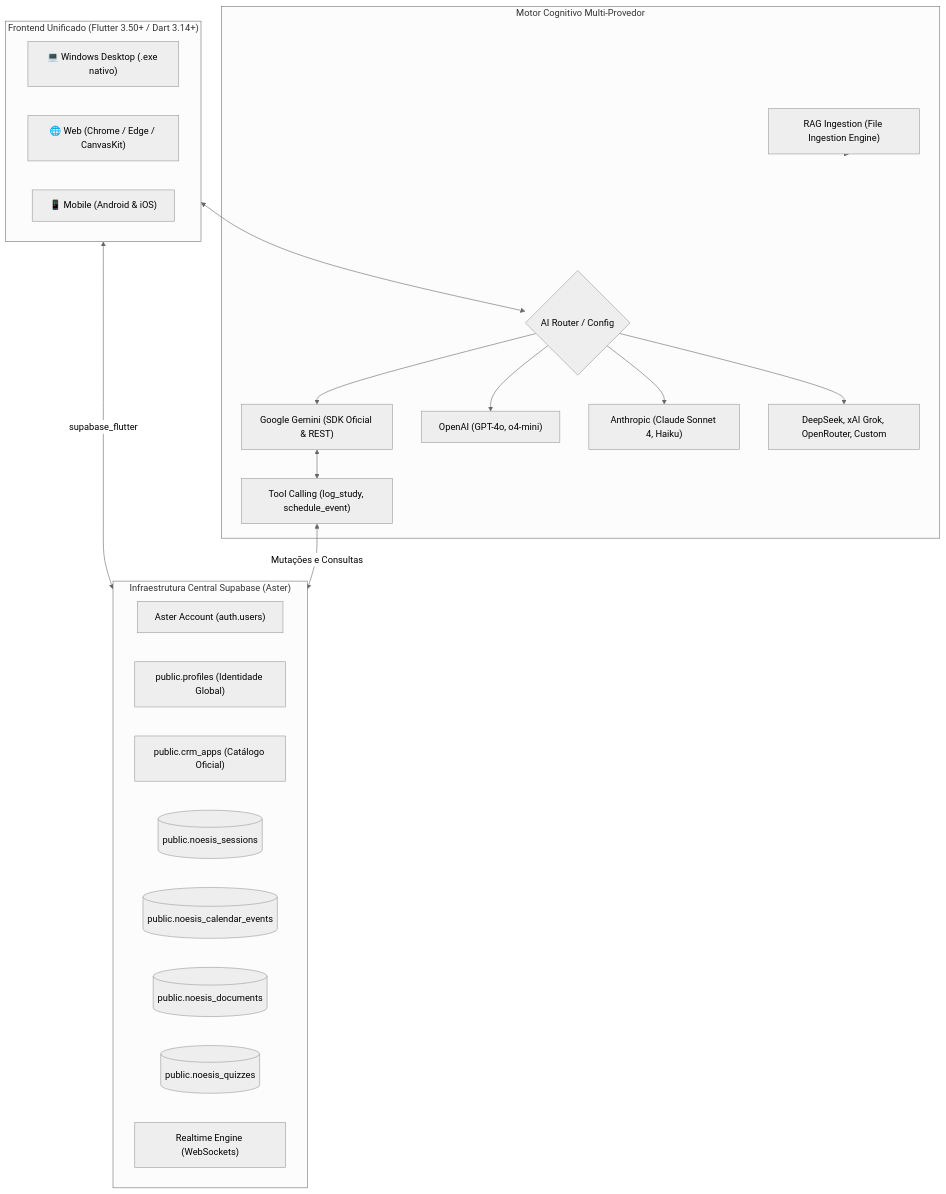
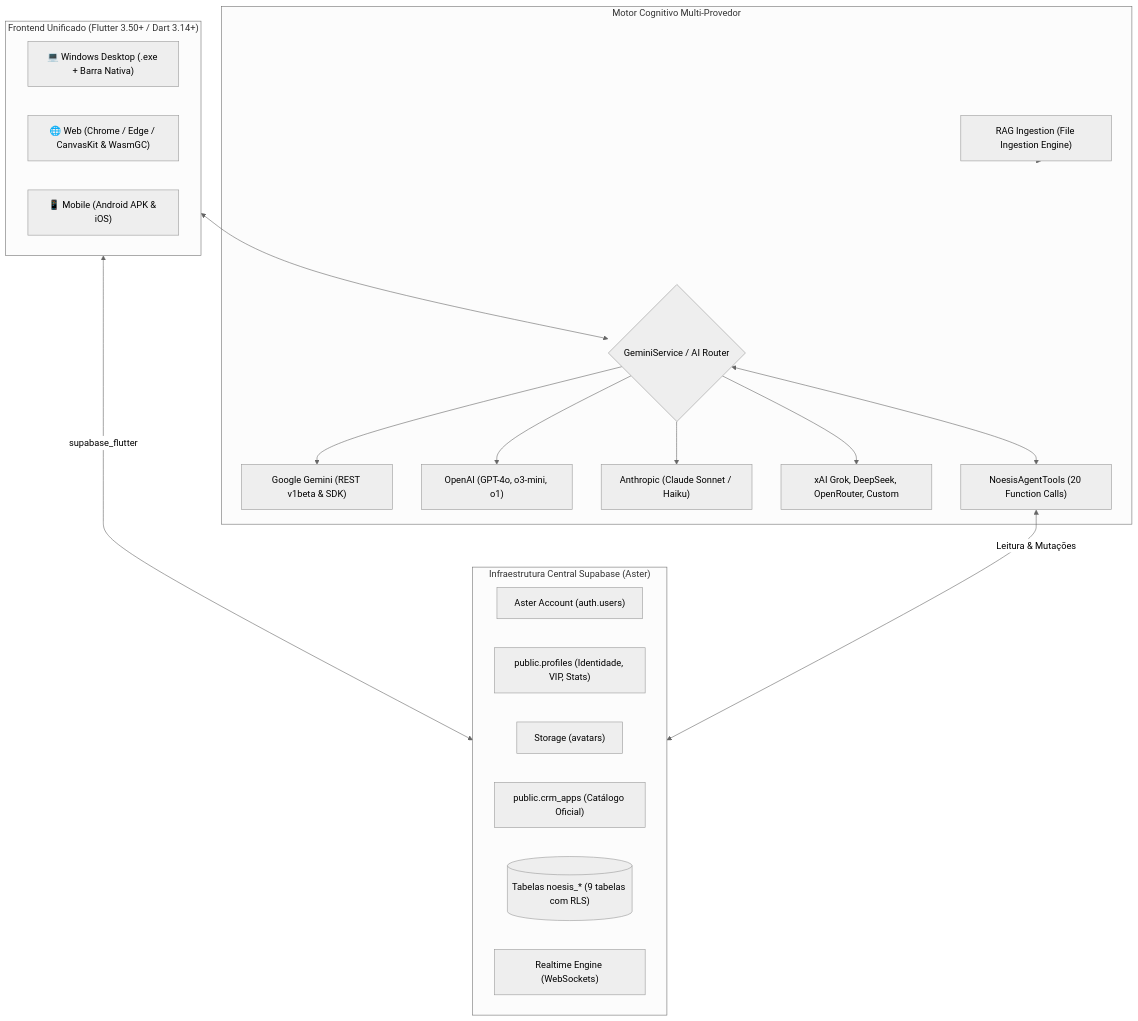
The diagram in PROJECT_CONTEXT.md (zAstergun/Noesis), drawn with Mermaid (neutral theme) before and after one commit. The commit also changed other lines of this file, not shown here.

Commit message:
docs: update PROJECT_CONTEXT.md with all 14 modules, Supabase tables, tools, and repo layout

````diff
--- a/PROJECT_CONTEXT.md
+++ b/PROJECT_CONTEXT.md
@@ -53,39 +44,37 @@
 ```mermaid
 flowchart TD
     subgraph Clients["Frontend Unificado (Flutter 3.50+ / Dart 3.14+)"]
-        Desktop["💻 Windows Desktop (.exe nativo)"]
-        Web["🌐 Web (Chrome / Edge / CanvasKit)"]
-        Mobile["📱 Mobile (Android & iOS)"]
+        Desktop["💻 Windows Desktop (.exe + Barra Nativa)"]
+        Web["🌐 Web (Chrome / Edge / CanvasKit & WasmGC)"]
+        Mobile["📱 Mobile (Android APK & iOS)"]
     end
 
     subgraph BackendAster["Infraestrutura Central Supabase (Aster)"]
         Auth["Aster Account (auth.users)"]
-        Profiles["public.profiles (Identidade Global)"]
+        Profiles["public.profiles (Identidade, VIP, Stats)"]
+        Storage["Storage (avatars)"]
         CRM["public.crm_apps (Catálogo Oficial)"]
-        T_Sessions[("public.noesis_sessions")]
-        T_Events[("public.noesis_calendar_events")]
-        T_Docs[("public.noesis_documents")]
-        T_Quizzes[("public.noesis_quizzes")]
+        Tables[("Tabelas noesis_* (9 tabelas com RLS)")]
         Realtime["Realtime Engine (WebSockets)"]
     end
 
     subgraph AI_Engine["Motor Cognitivo Multi-Provedor"]
-        Router{"AI Router / Config"}
-        Google["Google Gemini (SDK Oficial & REST)"]
-        OpenAI["OpenAI (GPT-4o, o4-mini)"]
-        Anthropic["Anthropic (Claude Sonnet 4, Haiku)"]
-        OtherAI["DeepSeek, xAI Grok, OpenRouter, Custom"]
-        Tools["Tool Calling (log_study, schedule_event)"]
+        Router{"GeminiService / AI Router"}
+        Google["Google Gemini (REST v1beta & SDK)"]
+        OpenAI["OpenAI (GPT-4o, o3-mini, o1)"]
+        Anthropic["Anthropic (Claude Sonnet / Haiku)"]
+        OtherAI["xAI Grok, DeepSeek, OpenRouter, Custom"]
+        Tools["NoesisAgentTools (20 Function Calls)"]
         RAG["RAG Ingestion (File Ingestion Engine)"]
     end
 
     Clients <-->|supabase_flutter| BackendAster
     Clients <--> Router
     Router --> Google
     Router --> OpenAI
     Router --> Anthropic
     Router --> OtherAI
-    Google <--> Tools
-    Tools <-->|Mutações e Consultas| BackendAster
+    Router <--> Tools
+    Tools <-->|Leitura & Mutações| BackendAster
     RAG --> AI_Engine
 ```
````
